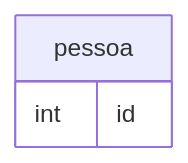
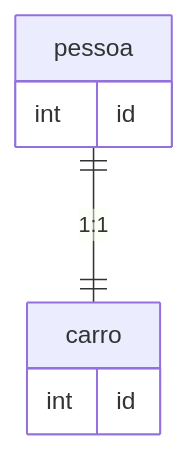
Before and after one commit to gitsameg-art/teste-afly: the diagram in README.md, drawn with Mermaid.

````diff
--- a/README.md
+++ b/README.md
@@ -20,7 +20,11 @@
 ```mermaid
 erDiagram
 
     pessoa{
         int id
     }
+    carro{
+        int id
+    }
+    pessoa ||--|| carro : "1:1"
 ```
````
